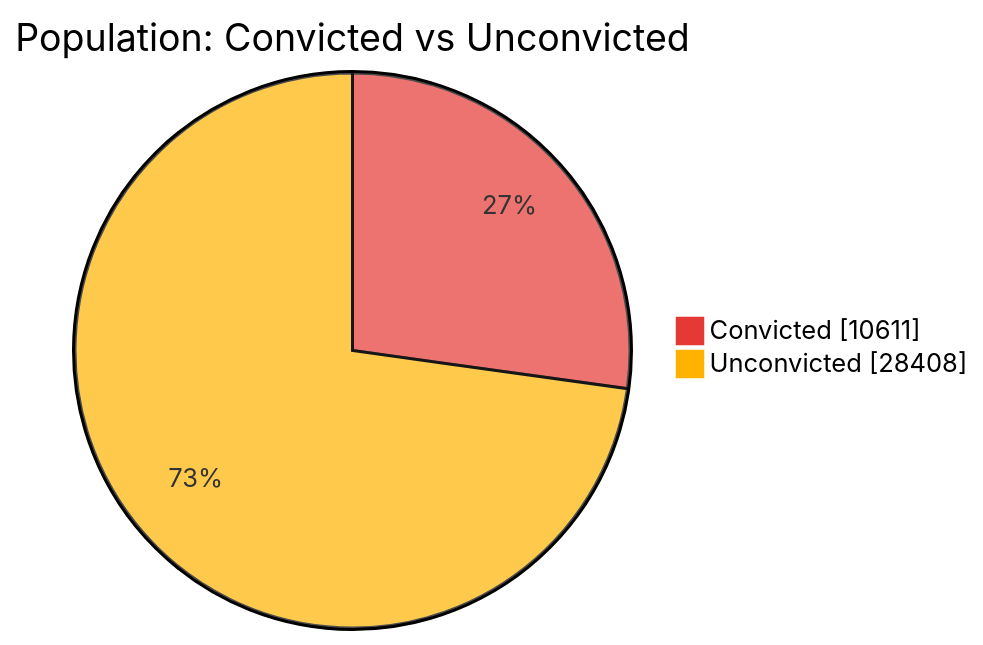
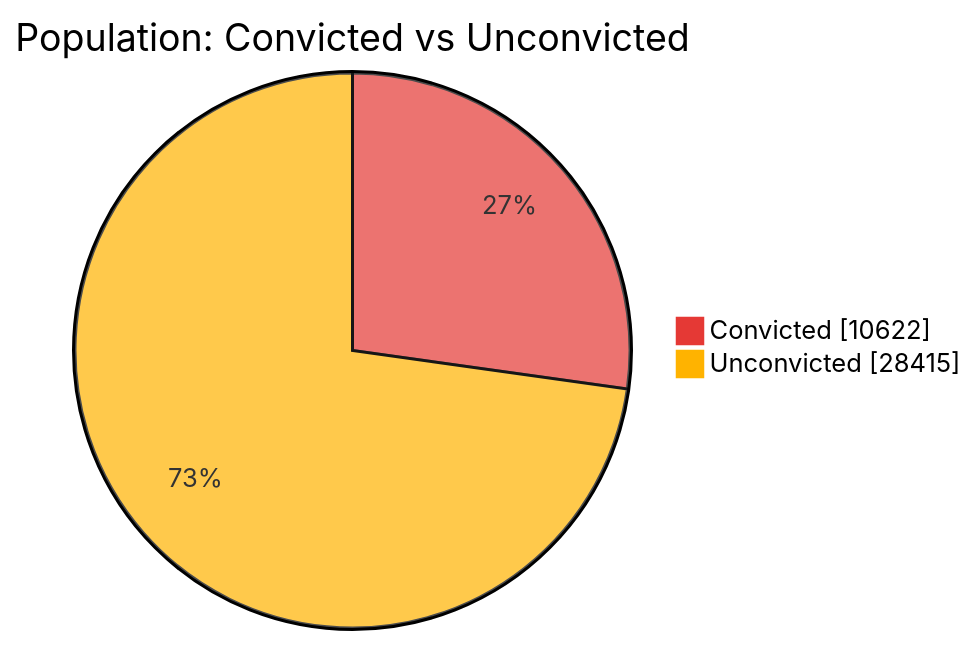
Before and after one commit to nuuuwan/lk_prisons: the first of 7 diagrams in README.md, drawn with Mermaid. The commit also changed other lines of this file and 1 other file, not shown here.

````diff
--- a/README.md
+++ b/README.md
@@ -43,6 +43,6 @@
 ```mermaid
 %%{init: {'themeVariables': {'pie1': '#E53935', 'pie2': '#FFB300'}}}%%
 pie showData title Population: Convicted vs Unconvicted
-    "Convicted" : 10611
-    "Unconvicted" : 28408
+    "Convicted" : 10622
+    "Unconvicted" : 28415
 ```
````
